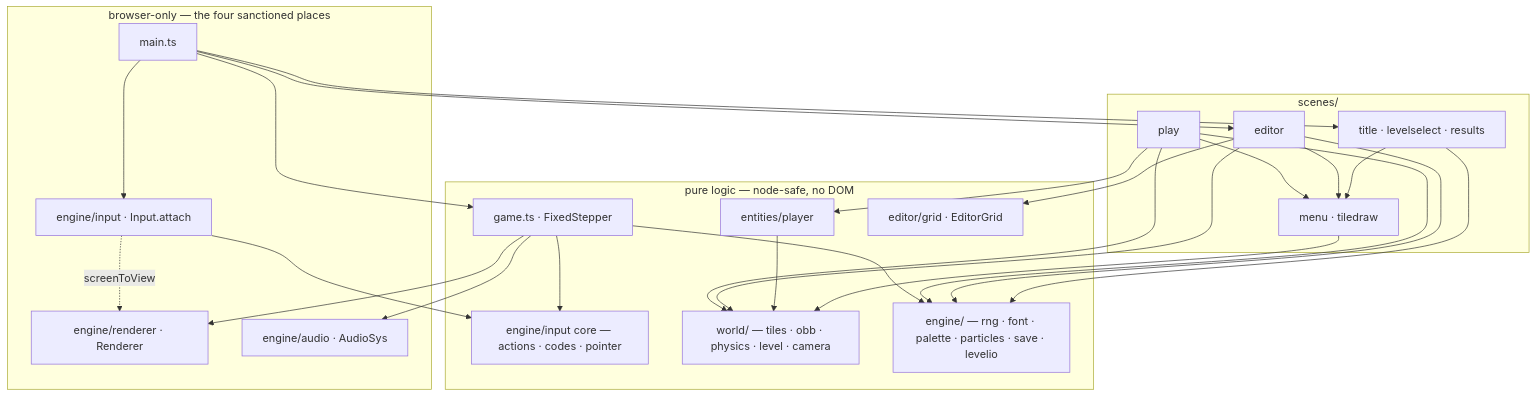
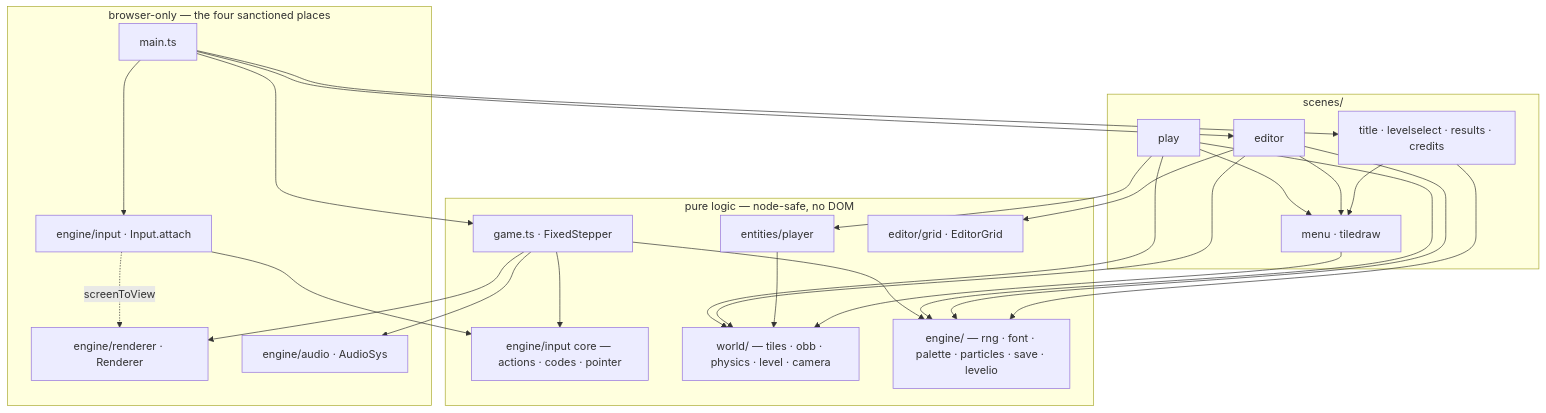
Before and after one commit to CalciteDragon/its-never-just-black-and-white: the diagram in docs/ARCHITECTURE.md, drawn with Mermaid. The commit also changed 9 other files, not shown here.

````diff
--- a/docs/ARCHITECTURE.md
+++ b/docs/ARCHITECTURE.md
@@ -9,48 +9,48 @@
 ```mermaid
 graph TD
   subgraph browser["browser-only — the four sanctioned places"]
     MAIN["main.ts"]
     REN["engine/renderer · Renderer"]
     AUD["engine/audio · AudioSys"]
     ATT["engine/input · Input.attach"]
   end
 
   subgraph scenes["scenes/"]
     PLAY["play"]
     EDIT["editor"]
-    SHELL["title · levelselect · results"]
+    SHELL["title · levelselect · results · credits"]
     SHARED["menu · tiledraw"]
   end
 
   subgraph logic["pure logic — node-safe, no DOM"]
     GAME["game.ts · FixedStepper"]
     CORE["engine/input core — actions · codes · pointer"]
     PLAYER["entities/player"]
     WORLD["world/ — tiles · obb · physics · level · camera"]
     GRID["editor/grid · EditorGrid"]
     ENG["engine/ — rng · font · palette · particles · save · levelio"]
   end
 
   MAIN --> GAME
   MAIN --> ATT
   MAIN --> SHELL
   MAIN --> EDIT
   GAME --> CORE
   GAME --> REN
   GAME --> AUD
   GAME --> ENG
   ATT --> CORE
   ATT -. screenToView .-> REN
   PLAY --> PLAYER
   PLAY --> WORLD
   PLAY --> SHARED
   PLAY --> ENG
   EDIT --> GRID
   EDIT --> WORLD
   EDIT --> ENG
   EDIT --> SHARED
   SHELL --> SHARED
   SHELL --> ENG
   PLAYER --> WORLD
   SHARED --> WORLD
 ```
````
